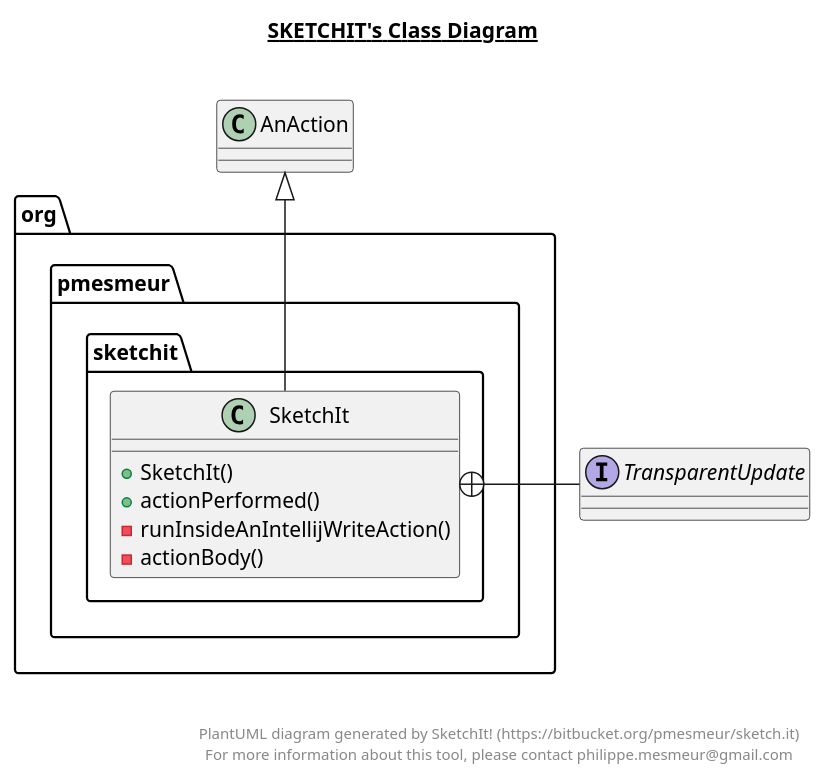
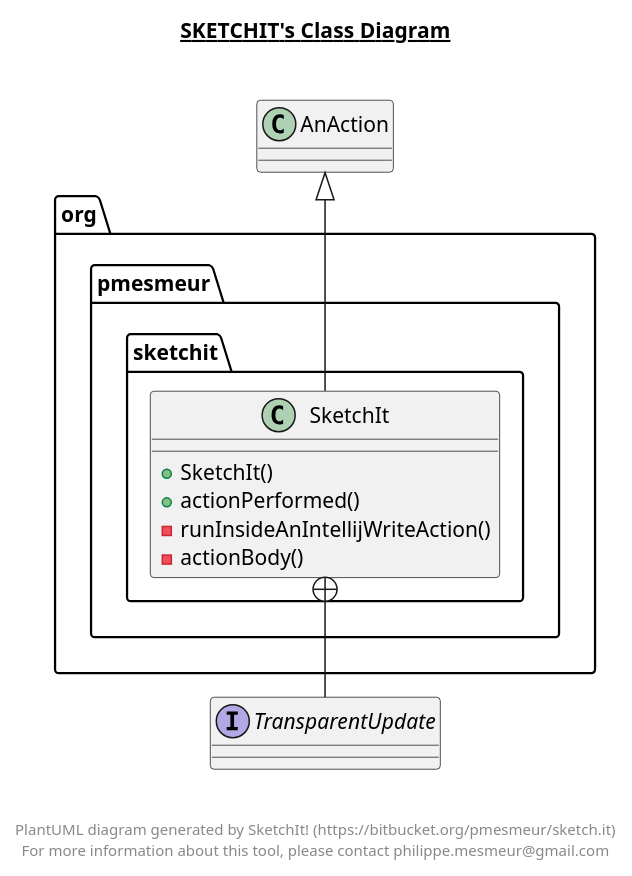
Before and after one commit to bigjimlefou/sketch.it: the diagram in src/org/pmesmeur/sketchit/sketchit.plantuml, drawn with PlantUML. The commit also changed 5 other files, not shown here.

Commit message:
Update UML model

```diff
--- a/src/org/pmesmeur/sketchit/sketchit.plantuml
+++ b/src/org/pmesmeur/sketchit/sketchit.plantuml
@@ -1,30 +1,30 @@
 @startuml
 
 title __SKETCHIT's Class Diagram__\n
 
   package org.pmesmeur.sketchit {
     class SketchIt {
         + SketchIt()
         + actionPerformed()
         - runInsideAnIntellijWriteAction()
         - actionBody()
     }
   }
   
 
   interface TransparentUpdate {
   }
   
 
   SketchIt -up-|> AnAction
-  SketchIt +-right- TransparentUpdate
+  SketchIt +-down- TransparentUpdate
 
 
 right footer
 
 
 PlantUML diagram generated by SketchIt! (https://bitbucket.org/pmesmeur/sketch.it)
 For more information about this tool, please contact philippe.mesmeur@gmail.com
 endfooter
 
 @enduml
```
